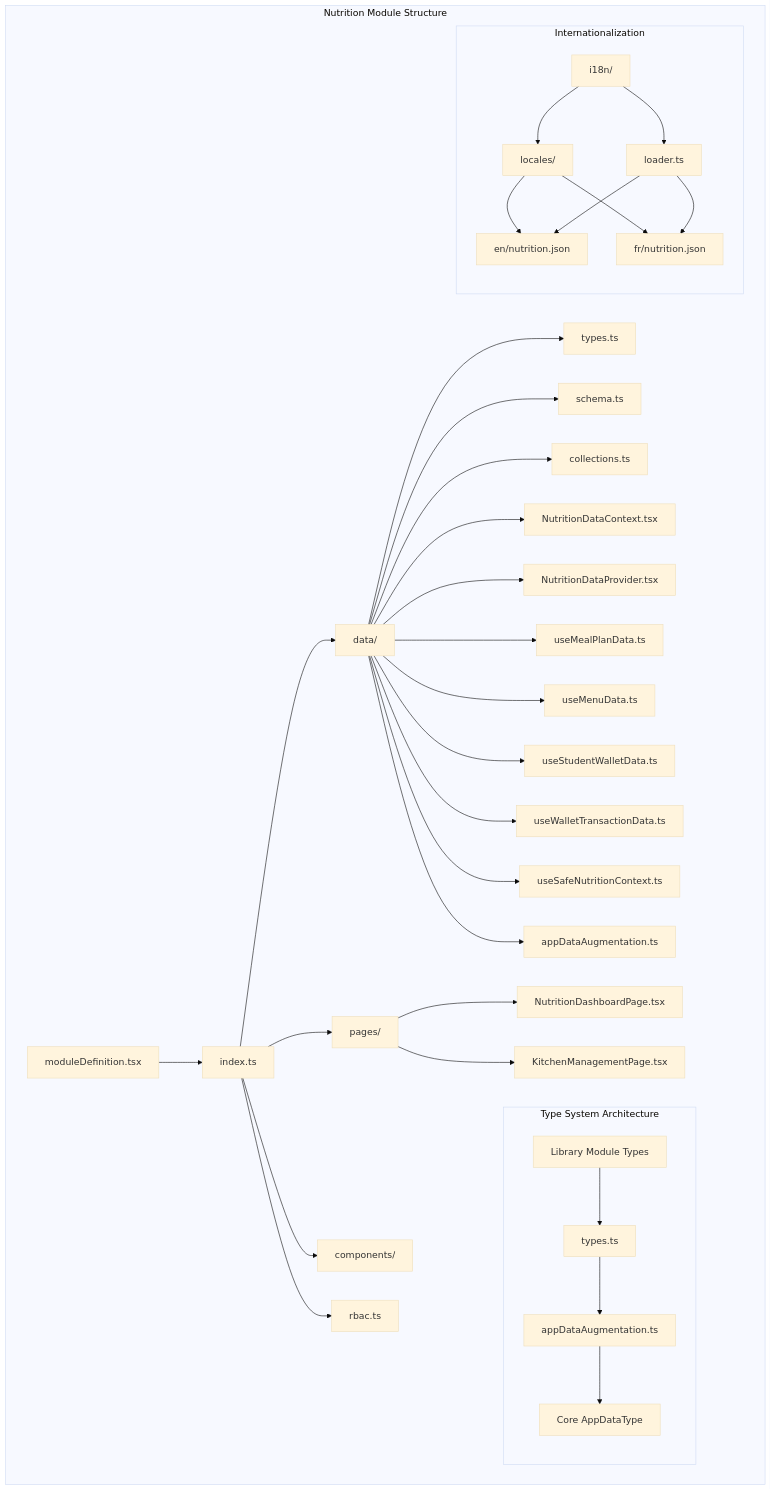
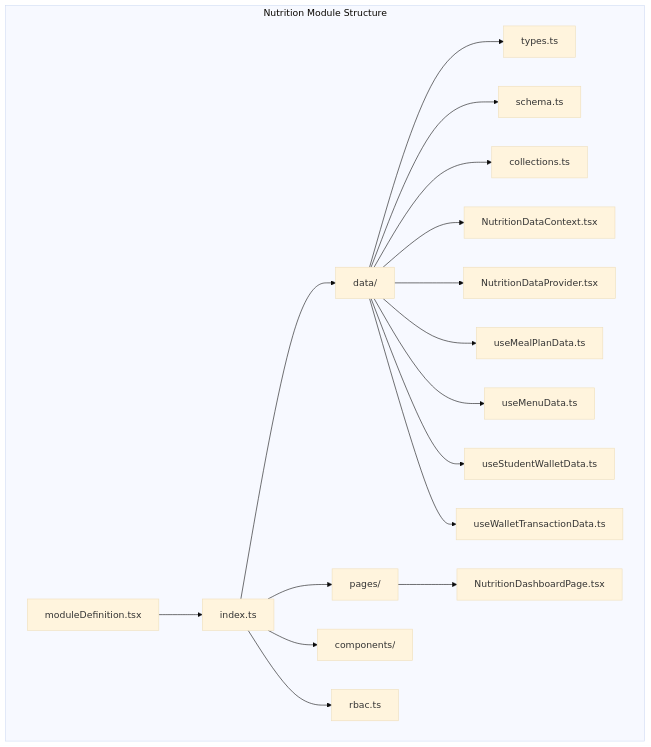
The first of 10 diagrams in .qoder/repowiki/en/content/Modules System/Nutrition Module.md (geniusdynamics/schoolpilot), drawn with Mermaid (base theme) before and after one commit. The commit also changed other lines of this file and 311 other files, not shown here.

````diff
--- a/.qoder/repowiki/en/content/Modules System/Nutrition Module.md
+++ b/.qoder/repowiki/en/content/Modules System/Nutrition Module.md
@@ -78,36 +62,20 @@
 ```mermaid
 graph TB
 subgraph "Nutrition Module Structure"
 A[moduleDefinition.tsx] --> B[index.ts]
 B --> C[data/]
 B --> D[pages/]
 B --> E[components/]
 B --> F[rbac.ts]
 C --> C1[types.ts]
 C --> C2[schema.ts]
 C --> C3[collections.ts]
 C --> C4[NutritionDataContext.tsx]
 C --> C5[NutritionDataProvider.tsx]
 C --> C6[useMealPlanData.ts]
 C --> C7[useMenuData.ts]
 C --> C8[useStudentWalletData.ts]
 C --> C9[useWalletTransactionData.ts]
-C --> C10[useSafeNutritionContext.ts]
-C --> C11[appDataAugmentation.ts]
 D --> D1[NutritionDashboardPage.tsx]
-D --> D2[KitchenManagementPage.tsx]
-subgraph "Type System Architecture"
-G[Library Module Types] --> H[types.ts]
-H --> I[appDataAugmentation.ts]
-I --> J[Core AppDataType]
-end
-subgraph "Internationalization"
-K[i18n/] --> L[loader.ts]
-K --> M[locales/]
-M --> N[en/nutrition.json]
-M --> O[fr/nutrition.json]
-L --> N
-L --> O
-end
 end
 ```
````
